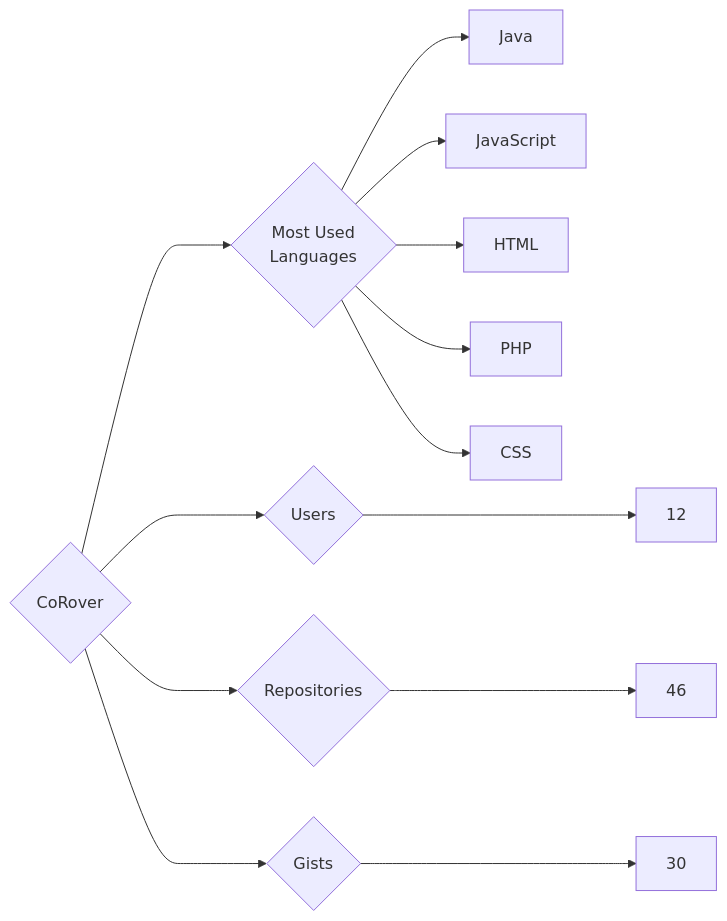
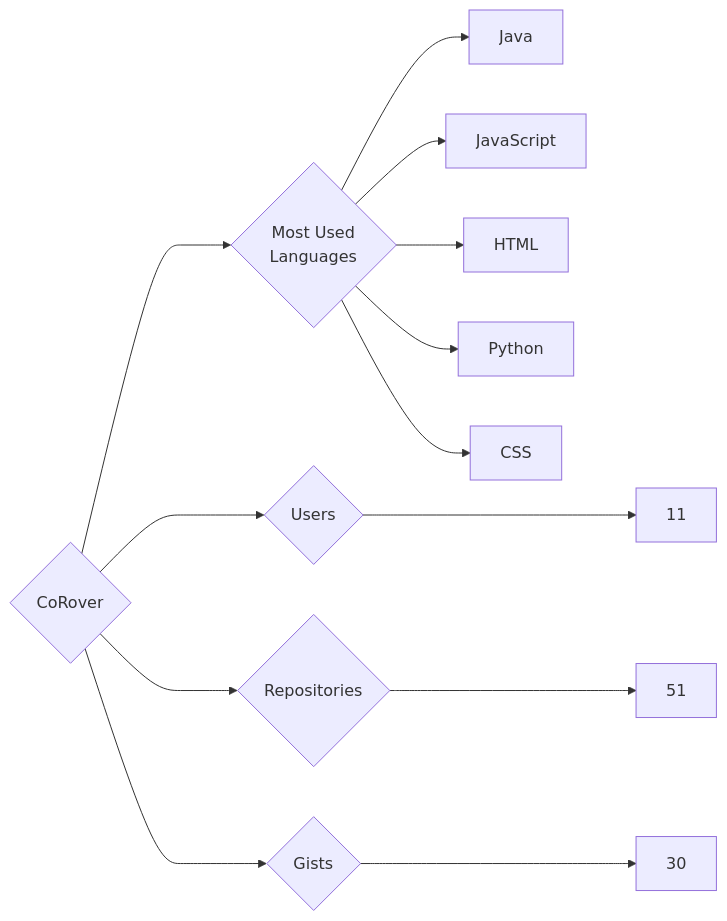
Before and after one commit to trickest/insiders: the diagram in targets/CoRover/README.md, drawn with Mermaid. The commit also changed 985 other files, not shown here.

````diff
--- a/targets/CoRover/README.md
+++ b/targets/CoRover/README.md
@@ -3,13 +3,13 @@
 ```mermaid
 graph LR
 COMPANY_NAME{CoRover}
-COMPANY_NAME ---> U{Users} ---> UN[12]
-COMPANY_NAME ---> R{Repositories} ---> RN[46]
+COMPANY_NAME ---> U{Users} ---> UN[11]
+COMPANY_NAME ---> R{Repositories} ---> RN[51]
 COMPANY_NAME ---> G{Gists} ---> GN[30]
 COMPANY_NAME ---> ML{Most Used<br>Languages}
 ML --> Java[Java]
 ML --> JavaScript[JavaScript]
 ML --> HTML[HTML]
-ML --> PHP[PHP]
+ML --> Python[Python]
 ML --> CSS[CSS]
 ```
````
